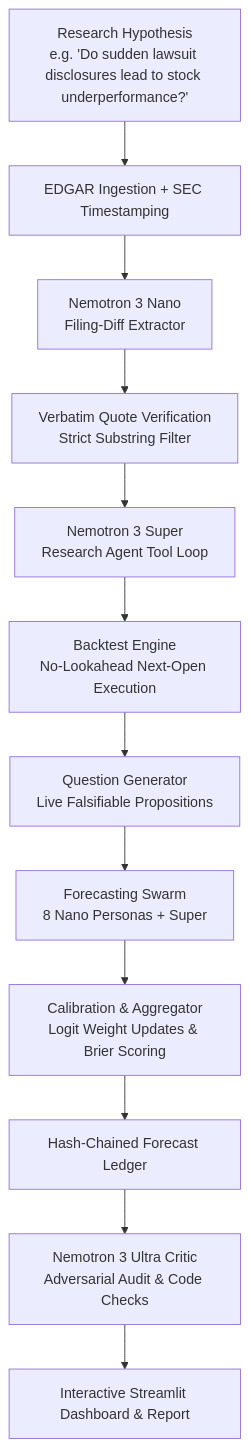
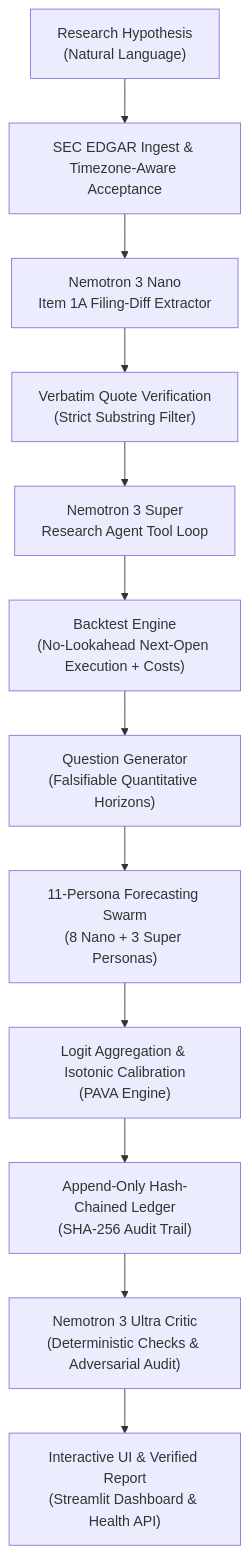
Before and after one commit to One-Hat/Albus: the diagram in README.md, drawn with Mermaid. The commit also changed other lines of this file and 3 other files, not shown here.

````diff
--- a/README.md
+++ b/README.md
@@ -22,14 +30,14 @@
 ```mermaid
 flowchart TD
-    A[Research Hypothesis\ne.g. 'Do sudden lawsuit disclosures lead to stock underperformance?'] --> B[EDGAR Ingestion + SEC Timestamping]
-    B --> C[Nemotron 3 Nano\nFiling-Diff Extractor]
-    C --> D[Verbatim Quote Verification\nStrict Substring Filter]
-    D --> E[Nemotron 3 Super\nResearch Agent Tool Loop]
-    E --> F[Backtest Engine\nNo-Lookahead Next-Open Execution]
-    F --> G[Question Generator\nLive Falsifiable Propositions]
-    G --> H[Forecasting Swarm\n8 Nano Personas + Super]
-    H --> I[Calibration & Aggregator\nLogit Weight Updates & Brier Scoring]
-    I --> J[Hash-Chained Forecast Ledger]
-    J --> K[Nemotron 3 Ultra Critic\nAdversarial Audit & Code Checks]
-    K --> L[Interactive Streamlit Dashboard & Report]
+    A["Research Hypothesis<br/>(Natural Language)"] --> B["SEC EDGAR Ingest & Timezone-Aware Acceptance"]
+    B --> C["Nemotron 3 Nano<br/>Item 1A Filing-Diff Extractor"]
+    C --> D["Verbatim Quote Verification<br/>(Strict Substring Filter)"]
+    D --> E["Nemotron 3 Super<br/>Research Agent Tool Loop"]
+    E --> F["Backtest Engine<br/>(No-Lookahead Next-Open Execution + Costs)"]
+    F --> G["Question Generator<br/>(Falsifiable Quantitative Horizons)"]
+    G --> H["11-Persona Forecasting Swarm<br/>(8 Nano + 3 Super Personas)"]
+    H --> I["Logit Aggregation & Isotonic Calibration<br/>(PAVA Engine)"]
+    I --> J["Append-Only Hash-Chained Ledger<br/>(SHA-256 Audit Trail)"]
+    J --> K["Nemotron 3 Ultra Critic<br/>(Deterministic Checks & Adversarial Audit)"]
+    K --> L["Interactive UI & Verified Report<br/>(Streamlit Dashboard & Health API)"]
 ```
````
